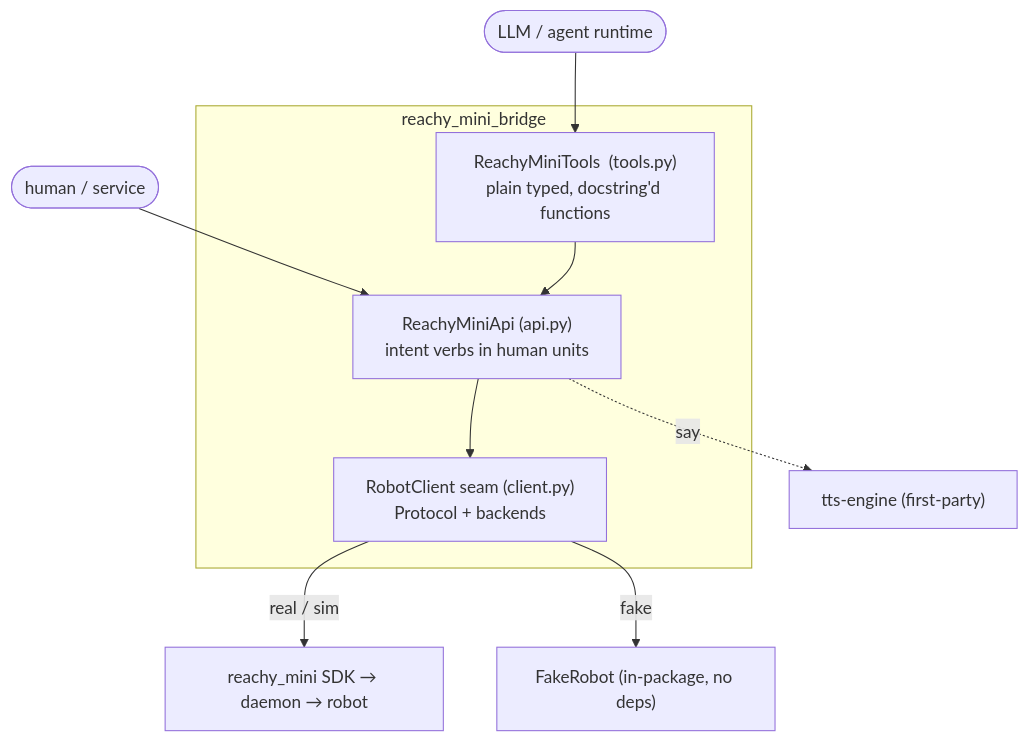
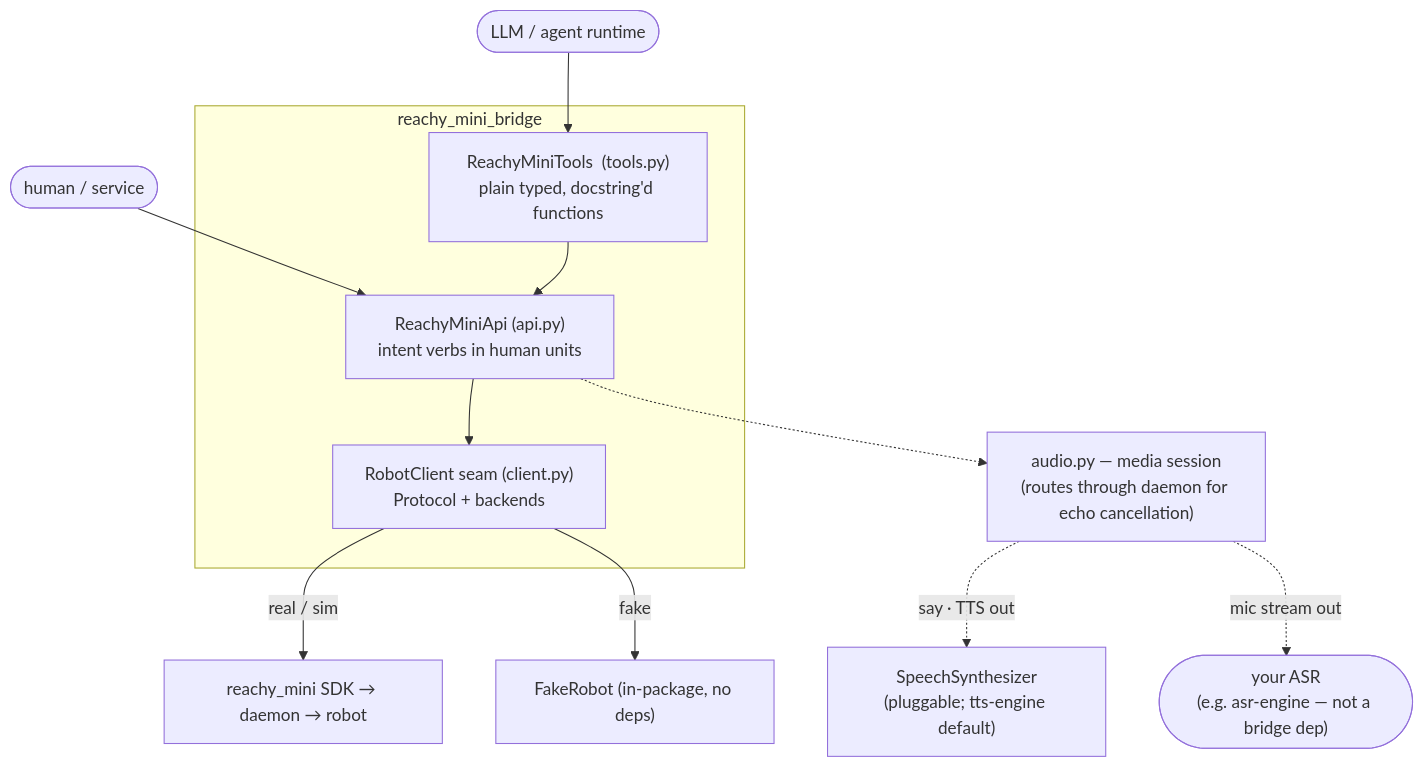
Before and after one commit to funwithagents/reachy-mini-bridge: the diagram in specs/_overview.md, drawn with Mermaid. The commit also changed other lines of this file and 8 other files, not shown here.

First line of the commit message:
Add audio spec: pluggable TTS synthesizer + exposed mic stream

````diff
--- a/specs/_overview.md
+++ b/specs/_overview.md
@@ -13,14 +13,16 @@
 ```mermaid
 flowchart TD
     agent([LLM / agent runtime]) --> tools
     caller([human / service]) --> api
     subgraph bridge["reachy_mini_bridge"]
         tools["ReachyMiniTools  (tools.py)<br/>plain typed, docstring'd functions"]
         api["ReachyMiniApi  (api.py)<br/>intent verbs in human units"]
         client["RobotClient seam  (client.py)<br/>Protocol + backends"]
         tools --> api --> client
     end
     client -->|real / sim| upstream["reachy_mini SDK → daemon → robot"]
     client -->|fake| fake["FakeRobot (in-package, no deps)"]
-    api -.->|say| tts["tts-engine (first-party)"]
+    api -.-> audio["audio.py — media session<br/>(routes through daemon for echo cancellation)"]
+    audio -.->|say · TTS out| synth["SpeechSynthesizer<br/>(pluggable; tts-engine default)"]
+    audio -.->|mic stream out| yourasr(["your ASR<br/>(e.g. asr-engine — not a bridge dep)"])
 ```
````
